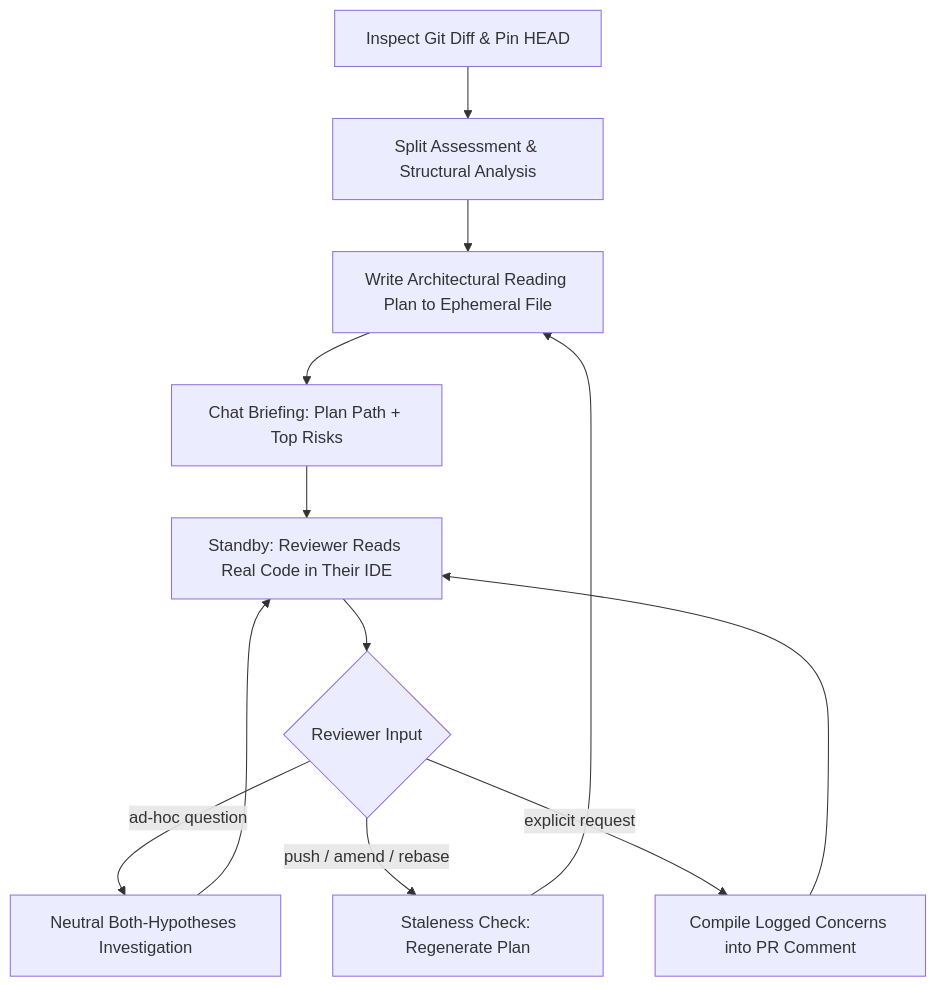
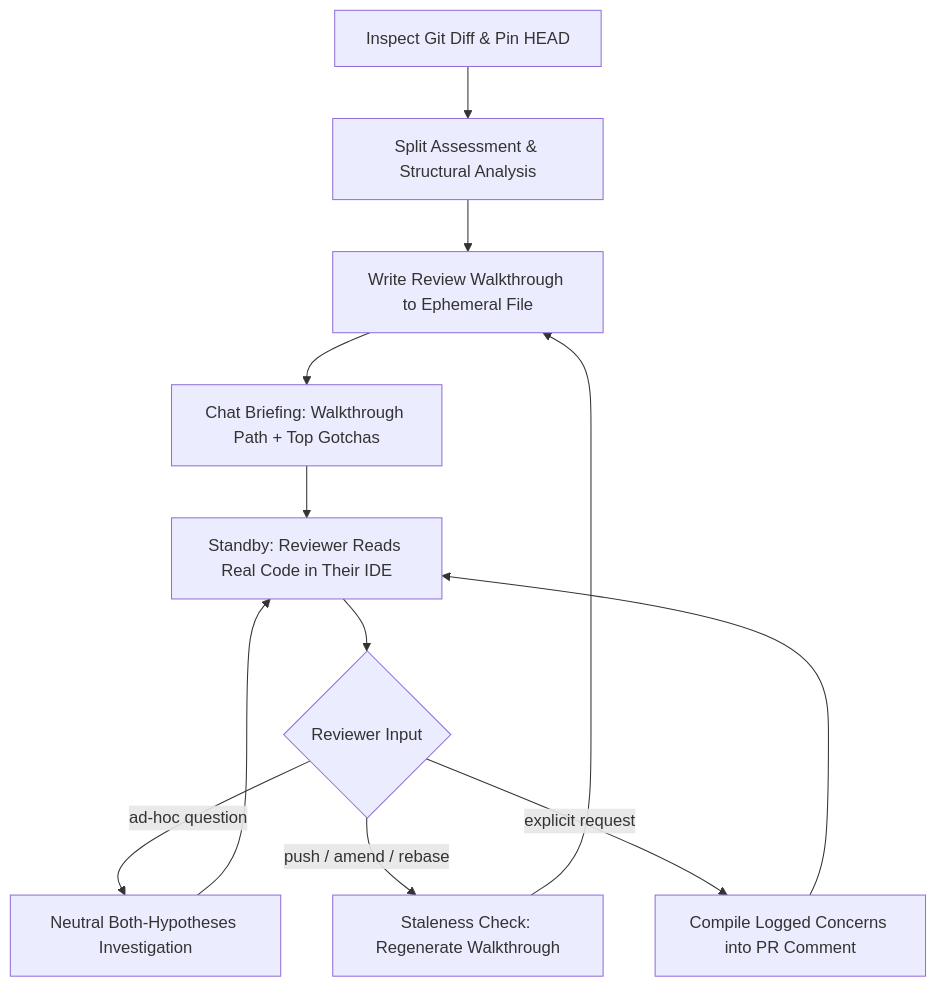
Before and after one commit to SMhdAsadi/my-skills: the diagram in skills/review-walkthrough/README.md, drawn with Mermaid. The commit also changed other lines of this file and 5 other files, not shown here.

Commit message:
fix(review-walkthrough): unify terminology around review walkthrough (v2.1.1)

````diff
--- a/skills/review-walkthrough/README.md
+++ b/skills/review-walkthrough/README.md
@@ -53,14 +53,14 @@
 ```mermaid
 flowchart TD
     A[Inspect Git Diff & Pin HEAD] --> B[Split Assessment & Structural Analysis]
-    B --> C[Write Architectural Reading Plan to Ephemeral File]
-    C --> D[Chat Briefing: Plan Path + Top Risks]
+    B --> C[Write Review Walkthrough to Ephemeral File]
+    C --> D[Chat Briefing: Walkthrough Path + Top Gotchas]
     D --> E[Standby: Reviewer Reads Real Code in Their IDE]
     E --> F{Reviewer Input}
     F -- "ad-hoc question" --> G[Neutral Both-Hypotheses Investigation]
     G --> E
-    F -- "push / amend / rebase" --> H[Staleness Check: Regenerate Plan]
+    F -- "push / amend / rebase" --> H[Staleness Check: Regenerate Walkthrough]
     H --> C
     F -- "explicit request" --> I[Compile Logged Concerns into PR Comment]
     I --> E
 ```
````
